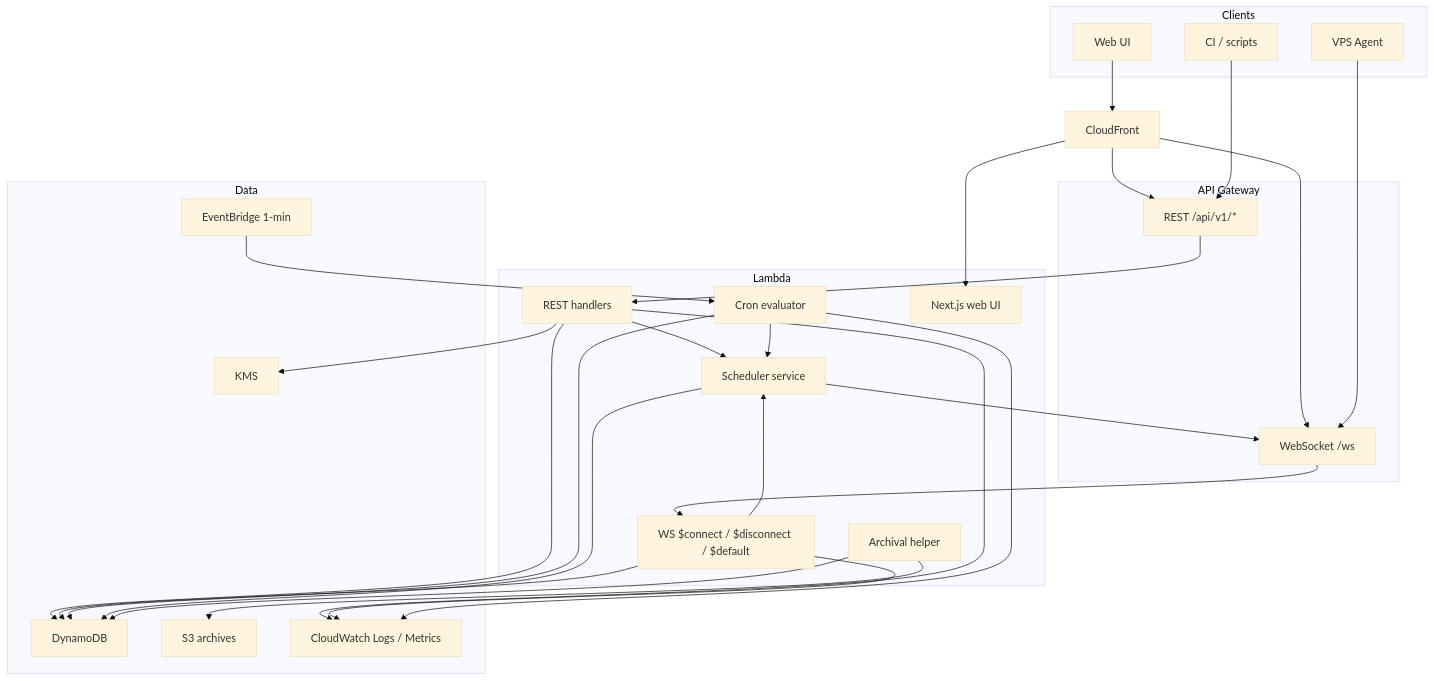
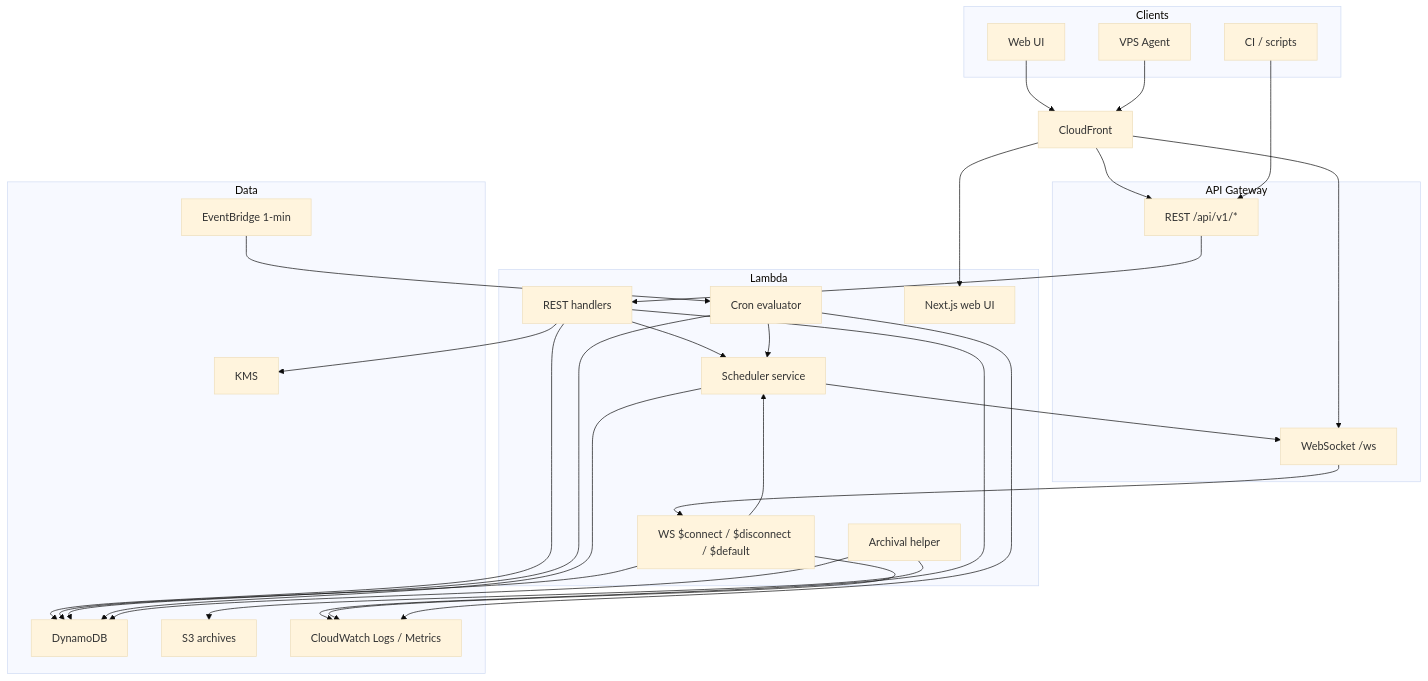
The diagram in docs/aws.md (jonathanong/auto-harness), drawn with Mermaid (base theme) before and after one commit. The commit also changed other lines of this file and 15 other files, not shown here.

````diff
--- a/docs/aws.md
+++ b/docs/aws.md
@@ -34,51 +34,51 @@
 ```mermaid
 graph TB
     subgraph Clients
         WebUI["Web UI"]
         CI["CI / scripts"]
         Agent["VPS Agent"]
     end
 
     subgraph "API Gateway"
         REST["REST /api/v1/*"]
         WS["WebSocket /ws"]
     end
 
     CF["CloudFront"]
 
     subgraph Lambda
         RESTH["REST handlers"]
         WSH["WS $connect / $disconnect / $default"]
         Cron["Cron evaluator"]
         Sched["Scheduler service"]
         Archive["Archival helper"]
         WebH["Next.js web UI"]
     end
 
     subgraph Data
         DDB["DynamoDB"]
         S3["S3 archives"]
         KMS["KMS"]
         CW["CloudWatch Logs / Metrics"]
         EB["EventBridge 1-min"]
     end
 
     WebUI --> CF
     CF --> WebH
     CF --> REST
     CF --> WS
     CI --> REST
-    Agent --> WS
+    Agent --> CF
     REST --> RESTH
     WS --> WSH
     RESTH --> Sched
     WSH --> Sched
     EB --> Cron
     Cron --> Sched
     RESTH & WSH & Cron & Sched --> DDB
     Sched --> WS
     Archive --> DDB
     Archive --> S3
     RESTH --> KMS
     RESTH & WSH & Cron --> CW
 ```
````
